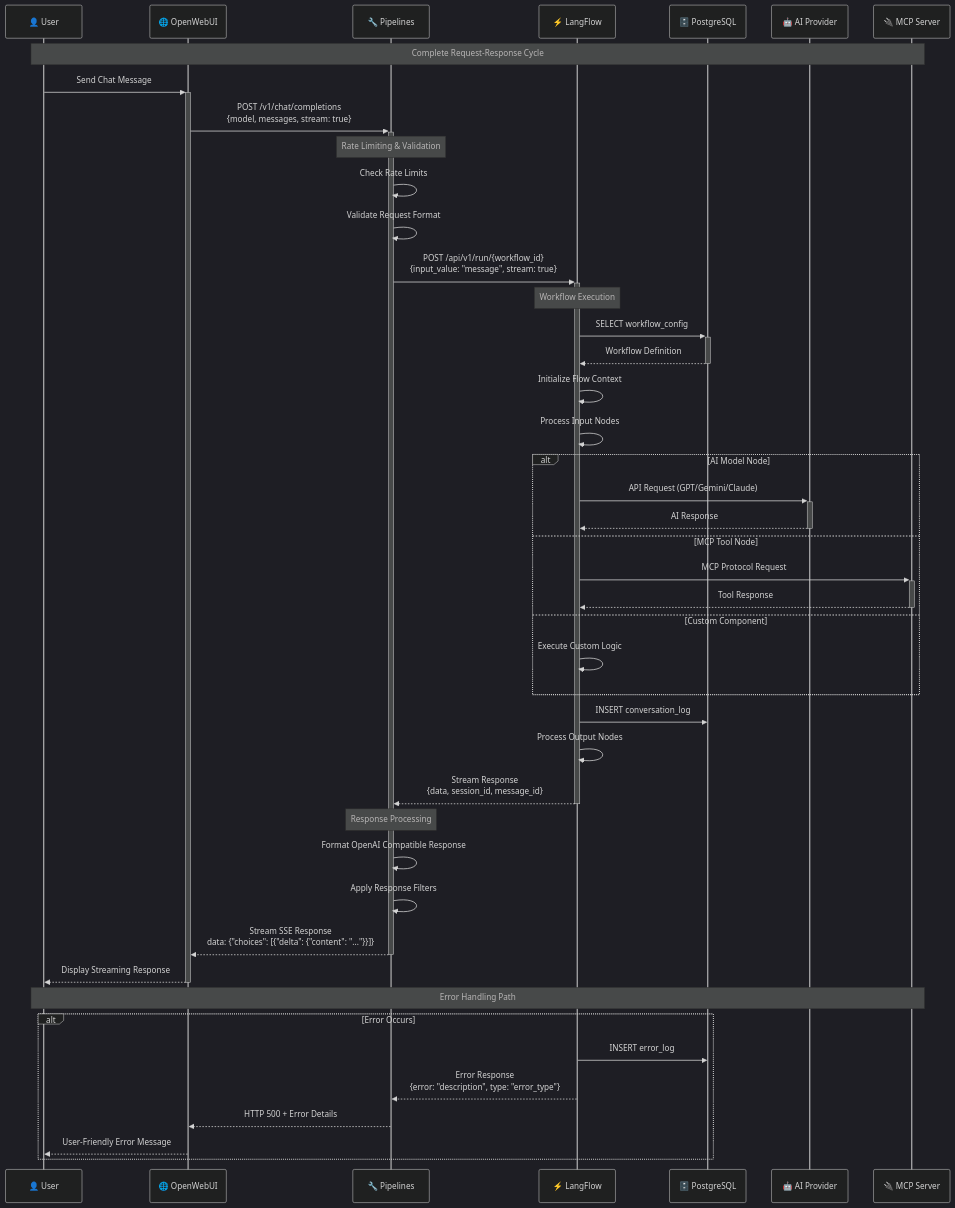
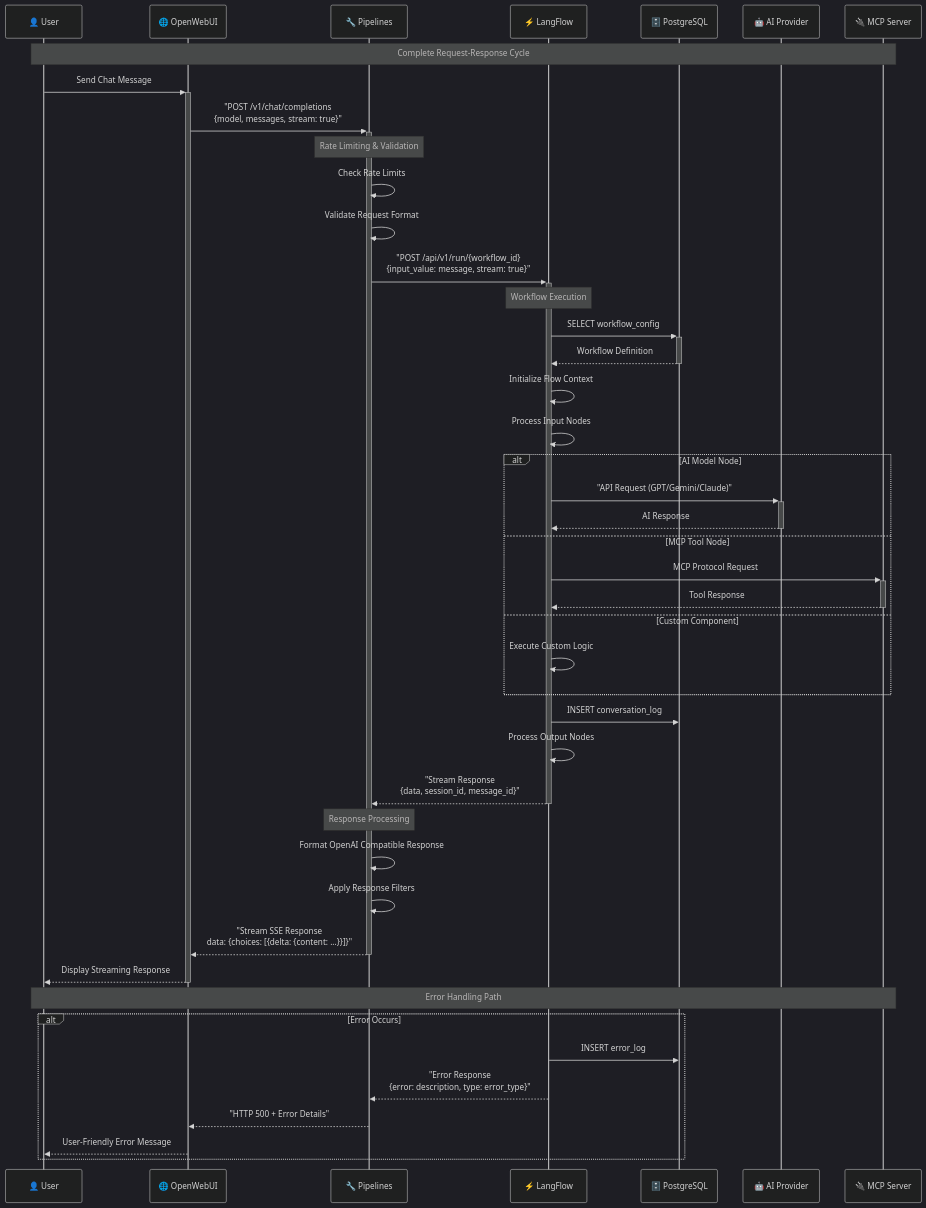
The second of 5 diagrams in ARCHITECTURE.md (pawelrosada/openwebui-workflow-hub), drawn with Mermaid (dark theme) before and after one commit. The commit also changed other lines of this file and 1 other file, not shown here.

Commit message:
Fix Mermaid diagrams rendering by improving syntax compatibility

````diff
--- a/ARCHITECTURE.md
+++ b/ARCHITECTURE.md
@@ -169,59 +169,59 @@
 ```mermaid
 sequenceDiagram
     participant User as 👤 User
     participant OW as 🌐 OpenWebUI
     participant P as 🔧 Pipelines
     participant LF as ⚡ LangFlow
     participant DB as 🗄️ PostgreSQL
     participant AI as 🤖 AI Provider
     participant MCP as 🔌 MCP Server
 
     Note over User,MCP: Complete Request-Response Cycle
 
     User->>+OW: Send Chat Message
-    OW->>+P: POST /v1/chat/completions<br/>{model, messages, stream: true}
+    OW->>+P: "POST /v1/chat/completions<br/>{model, messages, stream: true}"
     
     Note over P: Rate Limiting & Validation
     P->>P: Check Rate Limits
     P->>P: Validate Request Format
     
-    P->>+LF: POST /api/v1/run/{workflow_id}<br/>{input_value: "message", stream: true}
+    P->>+LF: "POST /api/v1/run/{workflow_id}<br/>{input_value: message, stream: true}"
     
     Note over LF: Workflow Execution
     LF->>+DB: SELECT workflow_config
     DB-->>-LF: Workflow Definition
     
     LF->>LF: Initialize Flow Context
     LF->>LF: Process Input Nodes
     
     alt AI Model Node
-        LF->>+AI: API Request (GPT/Gemini/Claude)
+        LF->>+AI: "API Request (GPT/Gemini/Claude)"
         AI-->>-LF: AI Response
     else MCP Tool Node
         LF->>+MCP: MCP Protocol Request
         MCP-->>-LF: Tool Response
     else Custom Component
         LF->>LF: Execute Custom Logic
     end
     
     LF->>DB: INSERT conversation_log
     LF->>LF: Process Output Nodes
     
-    LF-->>-P: Stream Response<br/>{data, session_id, message_id}
+    LF-->>-P: "Stream Response<br/>{data, session_id, message_id}"
     
     Note over P: Response Processing
     P->>P: Format OpenAI Compatible Response
     P->>P: Apply Response Filters
     
-    P-->>-OW: Stream SSE Response<br/>data: {"choices": [{"delta": {"content": "..."}}]}
+    P-->>-OW: "Stream SSE Response<br/>data: {choices: [{delta: {content: ...}}]}"
     
     OW-->>-User: Display Streaming Response
 
     Note over User,MCP: Error Handling Path
     alt Error Occurs
         LF->>DB: INSERT error_log
-        LF-->>P: Error Response<br/>{error: "description", type: "error_type"}
-        P-->>OW: HTTP 500 + Error Details
+        LF-->>P: "Error Response<br/>{error: description, type: error_type}"
+        P-->>OW: "HTTP 500 + Error Details"
         OW-->>User: User-Friendly Error Message
     end
 ```
````
